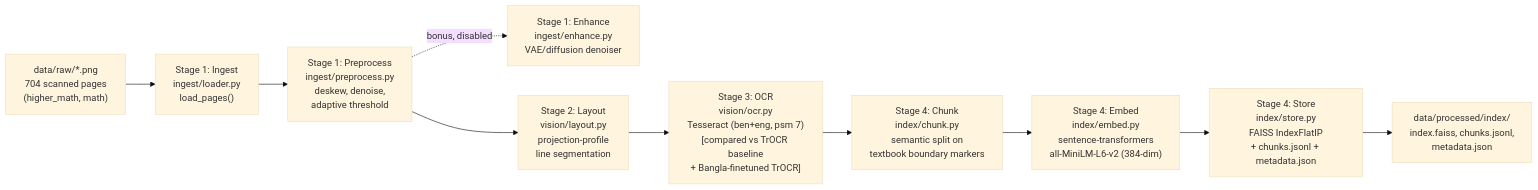
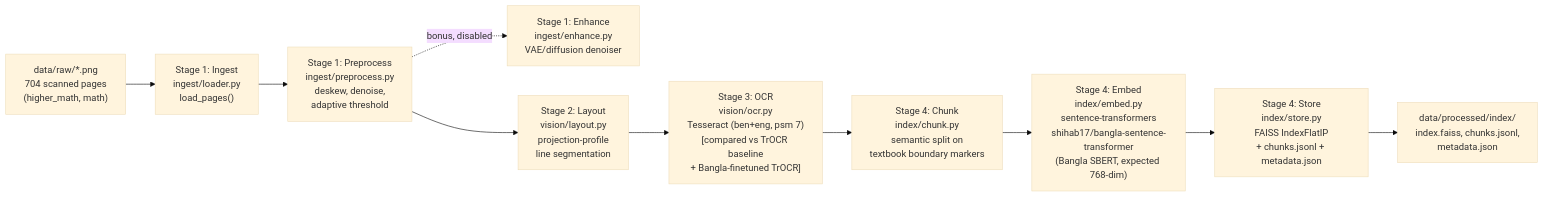
The diagram in reports/pipeline_diagram.md (SeveredAsif/doc-agent-G04), drawn with Mermaid (base theme) before and after one commit. The commit also changed other lines of this file and 2 other files, not shown here.

````diff
--- a/reports/pipeline_diagram.md
+++ b/reports/pipeline_diagram.md
@@ -3,12 +3,12 @@
 ```mermaid
 flowchart LR
     A["data/raw/*.png\n704 scanned pages\n(higher_math, math)"] --> B["Stage 1: Ingest\ningest/loader.py\nload_pages()"]
     B --> C["Stage 1: Preprocess\ningest/preprocess.py\ndeskew, denoise,\nadaptive threshold"]
     C -.->|"bonus, disabled"| C2["Stage 1: Enhance\ningest/enhance.py\nVAE/diffusion denoiser"]
     C --> D["Stage 2: Layout\nvision/layout.py\nprojection-profile\nline segmentation"]
     D --> E["Stage 3: OCR\nvision/ocr.py\nTesseract (ben+eng, psm 7)\n[compared vs TrOCR baseline\n+ Bangla-finetuned TrOCR]"]
     E --> F["Stage 4: Chunk\nindex/chunk.py\nsemantic split on\ntextbook boundary markers"]
-    F --> G["Stage 4: Embed\nindex/embed.py\nsentence-transformers\nall-MiniLM-L6-v2 (384-dim)"]
+    F --> G["Stage 4: Embed\nindex/embed.py\nsentence-transformers\nshihab17/bangla-sentence-transformer\n(Bangla SBERT, expected 768-dim)"]
     G --> H["Stage 4: Store\nindex/store.py\nFAISS IndexFlatIP\n+ chunks.jsonl + metadata.json"]
     H --> I["data/processed/index/\nindex.faiss, chunks.jsonl,\nmetadata.json"]
 ```
````
